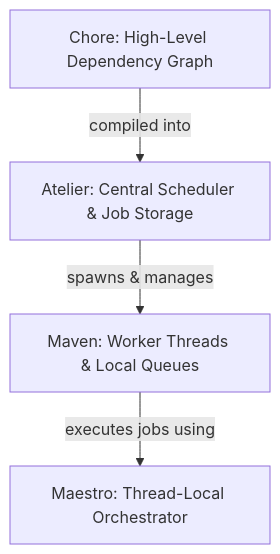
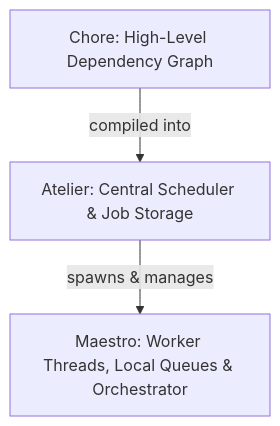
The diagram in wiki/HeistArch.md (jswarup/Kosh), drawn with Mermaid before and after one commit. The commit also changed other lines of this file and 3 other files, not shown here.

````diff
--- a/wiki/HeistArch.md
+++ b/wiki/HeistArch.md
@@ -16,11 +20,9 @@
 ```mermaid
 graph TD
     Atelier[Atelier: Central Scheduler & Job Storage]
-    Maven[Maven: Worker Threads & Local Queues]
-    Maestro[Maestro: Thread-Local Orchestrator]
+    Maestro[Maestro: Worker Threads, Local Queues & Orchestrator]
     Chore[Chore: High-Level Dependency Graph]
 
-    Atelier -->|spawns & manages| Maven
-    Maven -->|executes jobs using| Maestro
+    Atelier -->|spawns & manages| Maestro
     Chore -->|compiled into| Atelier
 ```
````
